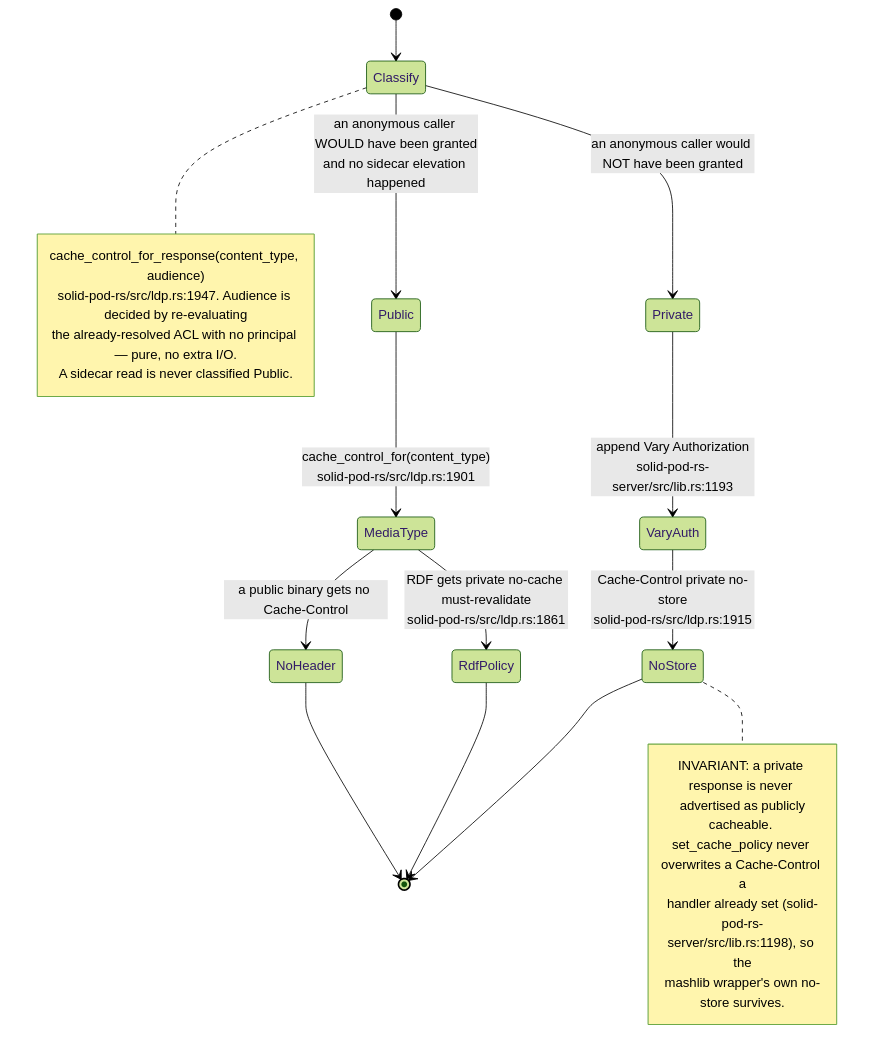
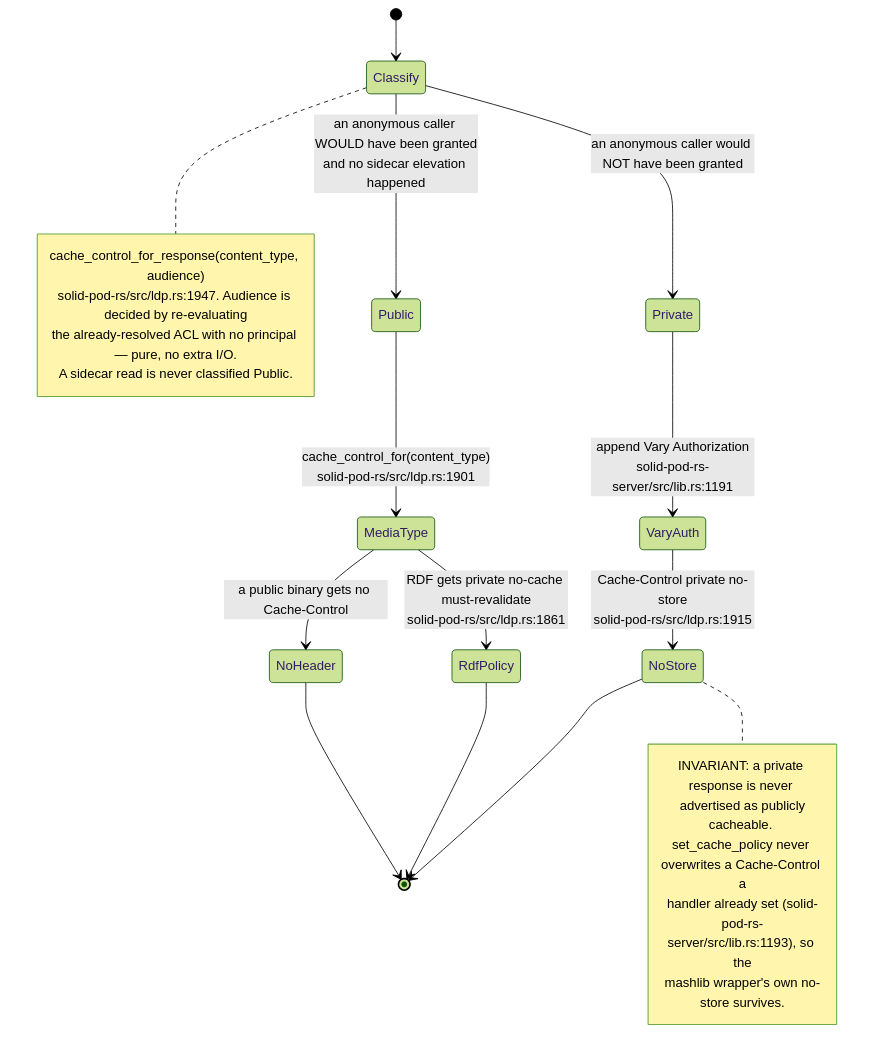
Before and after one commit to DreamLab-AI/VisionFlow: diagram 11 of 11 in docs/diagrams/solid-pod-rs/03-ldp-request-lifecycle.md, drawn with Mermaid (forest theme). The commit also changed other lines of this file and 136 other files, not shown here.

First line of the commit message:
docs(diagrams): refresh the whole corpus to code HEAD and prune low-value diagrams

````diff
--- a/docs/diagrams/solid-pod-rs/03-ldp-request-lifecycle.md
+++ b/docs/diagrams/solid-pod-rs/03-ldp-request-lifecycle.md
@@ -341,29 +314,29 @@
 ```mermaid
 stateDiagram-v2
     [*] --> Classify
     Classify --> Private: an anonymous caller would NOT have been granted
     Classify --> Public: an anonymous caller WOULD have been granted<br/>and no sidecar elevation happened
 
-    Private --> VaryAuth: append Vary Authorization<br/>solid-pod-rs-server/src/lib.rs:1193
+    Private --> VaryAuth: append Vary Authorization<br/>solid-pod-rs-server/src/lib.rs:1191
     VaryAuth --> NoStore: Cache-Control private no-store<br/>solid-pod-rs/src/ldp.rs:1915
     Public --> MediaType: cache_control_for(content_type)<br/>solid-pod-rs/src/ldp.rs:1901
     MediaType --> RdfPolicy: RDF gets private no-cache must-revalidate<br/>solid-pod-rs/src/ldp.rs:1861
     MediaType --> NoHeader: a public binary gets no Cache-Control
 
     NoStore --> [*]
     RdfPolicy --> [*]
     NoHeader --> [*]
 
     note right of Classify
       cache_control_for_response(content_type, audience)
       solid-pod-rs/src/ldp.rs:1947. Audience is decided by re-evaluating
       the already-resolved ACL with no principal — pure, no extra I/O.
       A sidecar read is never classified Public.
     end note
     note right of NoStore
       INVARIANT: a private response is never advertised as publicly
       cacheable. set_cache_policy never overwrites a Cache-Control a
-      handler already set (solid-pod-rs-server/src/lib.rs:1198), so the
+      handler already set (solid-pod-rs-server/src/lib.rs:1193), so the
       mashlib wrapper's own no-store survives.
     end note
 ```
````
